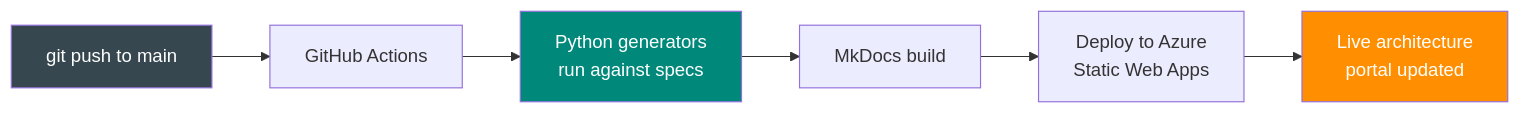
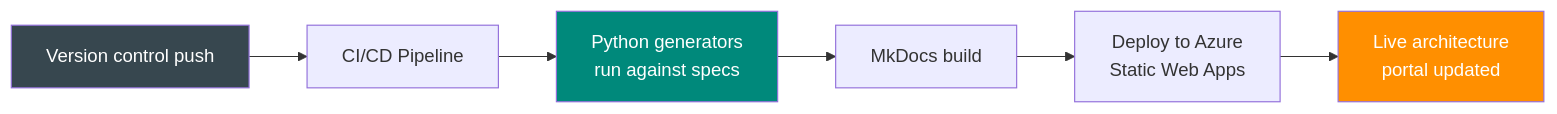
The first of 2 diagrams in presentation/docs/publishing-pipeline.md (christopherblaisdell/continuous-architecture-platform-poc), drawn with Mermaid before and after one commit. The commit also changed other lines of this file and 18 other files, not shown here.

````diff
--- a/presentation/docs/publishing-pipeline.md
+++ b/presentation/docs/publishing-pipeline.md
@@ -11,12 +11,12 @@
 ``` mermaid
 flowchart LR
-    A[git push to main] --> B[GitHub Actions]
+    A[Version control push] --> B[CI/CD Pipeline]
     B --> C[Python generators\nrun against specs]
     C --> D[MkDocs build]
     D --> E[Deploy to Azure\nStatic Web Apps]
     E --> F[Live architecture\nportal updated]
 
     style A fill:#37474f,color:#fff
     style C fill:#00897b,color:#fff
     style F fill:#ff8f00,color:#fff
 ```
````
